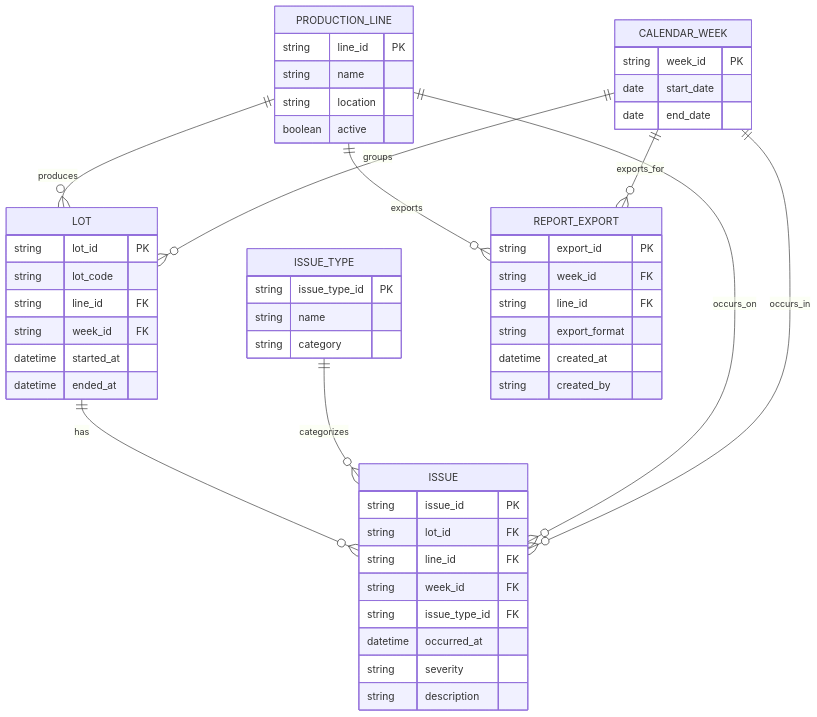
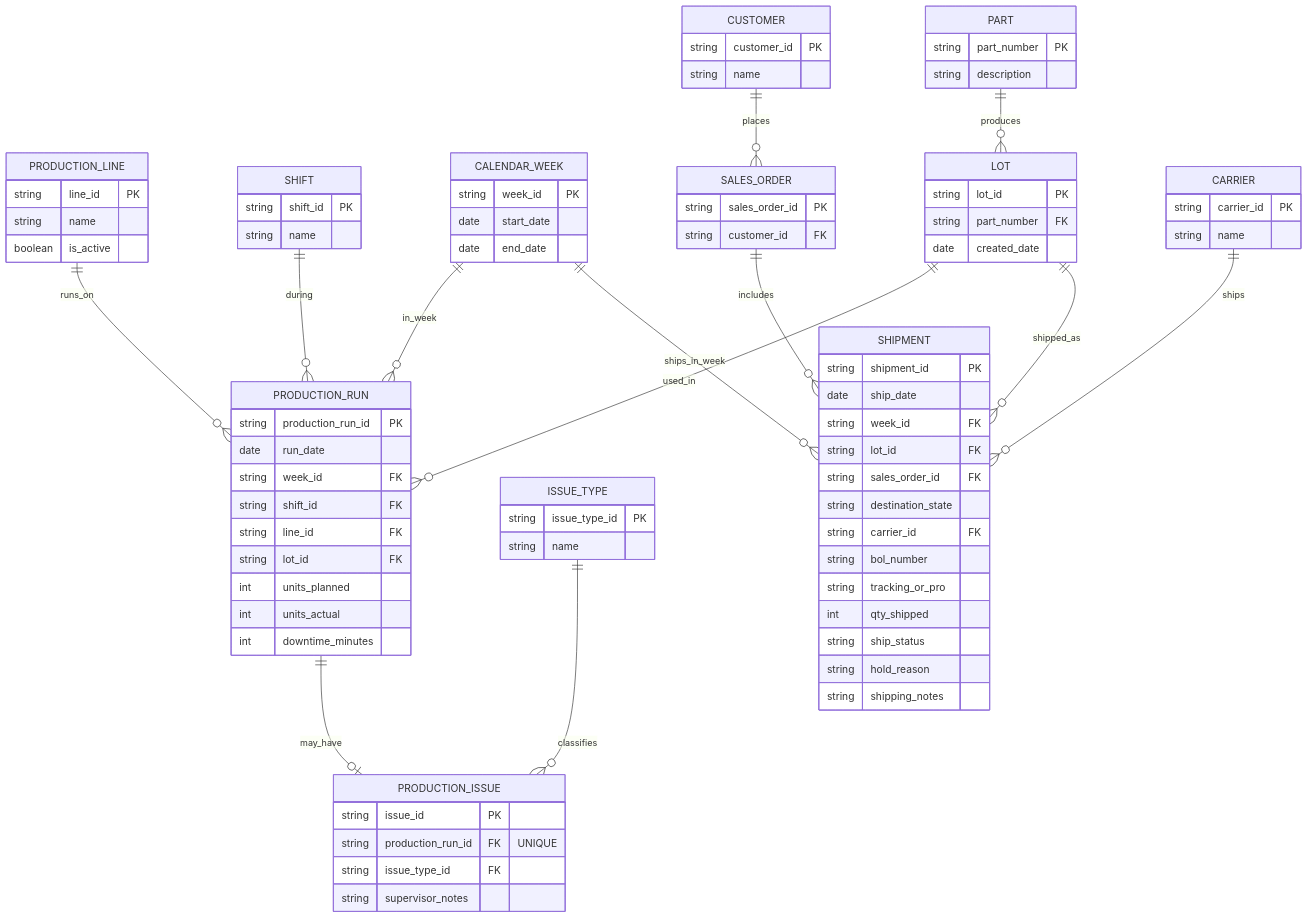
The diagram in docs/data_design.md (kishnahai0806/Markdown-Demo), drawn with Mermaid before and after one commit. The commit also changed other lines of this file, not shown here.

````diff
--- a/docs/data_design.md
+++ b/docs/data_design.md
@@ -183,19 +107,28 @@
 ```mermaid
 erDiagram
-  PRODUCTION_LINE ||--o{ LOT : produces
-  CALENDAR_WEEK  ||--o{ LOT : groups
-  LOT            ||--o{ ISSUE : has
-  ISSUE_TYPE     ||--o{ ISSUE : categorizes
-  PRODUCTION_LINE ||--o{ ISSUE : occurs_on
-  CALENDAR_WEEK   ||--o{ ISSUE : occurs_in
-  PRODUCTION_LINE ||--o{ REPORT_EXPORT : exports
-  CALENDAR_WEEK   ||--o{ REPORT_EXPORT : exports_for
+  PRODUCTION_LINE ||--o{ PRODUCTION_RUN : runs_on
+  SHIFT          ||--o{ PRODUCTION_RUN : during
+  CALENDAR_WEEK  ||--o{ PRODUCTION_RUN : in_week
+  PART           ||--o{ LOT : produces
+  LOT            ||--o{ PRODUCTION_RUN : used_in
+  PRODUCTION_RUN ||--o| PRODUCTION_ISSUE : may_have
+  ISSUE_TYPE     ||--o{ PRODUCTION_ISSUE : classifies
+
+  CUSTOMER       ||--o{ SALES_ORDER : places
+  SALES_ORDER    ||--o{ SHIPMENT : includes
+  CARRIER        ||--o{ SHIPMENT : ships
+  LOT            ||--o{ SHIPMENT : shipped_as
+  CALENDAR_WEEK  ||--o{ SHIPMENT : ships_in_week
 
   PRODUCTION_LINE {
     string line_id PK
     string name
-    string location
-    boolean active
+    boolean is_active
+  }
+
+  SHIFT {
+    string shift_id PK
+    string name
   }
 
   CALENDAR_WEEK {
@@ -204,38 +137,69 @@
     date end_date
   }
 
+  PART {
+    string part_number PK
+    string description
+  }
+
   LOT {
     string lot_id PK
-    string lot_code
+    string part_number FK
+    date created_date
+  }
+
+  PRODUCTION_RUN {
+    string production_run_id PK
+    date run_date
+    string week_id FK
+    string shift_id FK
     string line_id FK
-    string week_id FK
-    datetime started_at
-    datetime ended_at
+    string lot_id FK
+    int units_planned
+    int units_actual
+    int downtime_minutes
   }
 
   ISSUE_TYPE {
     string issue_type_id PK
     string name
-    string category
   }
 
-  ISSUE {
+  PRODUCTION_ISSUE {
     string issue_id PK
-    string lot_id FK
-    string line_id FK
-    string week_id FK
+    string production_run_id FK "UNIQUE"
     string issue_type_id FK
-    datetime occurred_at
-    string severity
-    string description
+    string supervisor_notes
   }
 
-  REPORT_EXPORT {
-    string export_id PK
+  CUSTOMER {
+    string customer_id PK
+    string name
+  }
+
+  CARRIER {
+    string carrier_id PK
+    string name
+  }
+
+  SALES_ORDER {
+    string sales_order_id PK
+    string customer_id FK
+  }
+
+  SHIPMENT {
+    string shipment_id PK
+    date ship_date
     string week_id FK
-    string line_id FK
-    string export_format
-    datetime created_at
-    string created_by
+    string lot_id FK
+    string sales_order_id FK
+    string destination_state
+    string carrier_id FK
+    string bol_number
+    string tracking_or_pro
+    int qty_shipped
+    string ship_status
+    string hold_reason
+    string shipping_notes
   }
 ```
````
